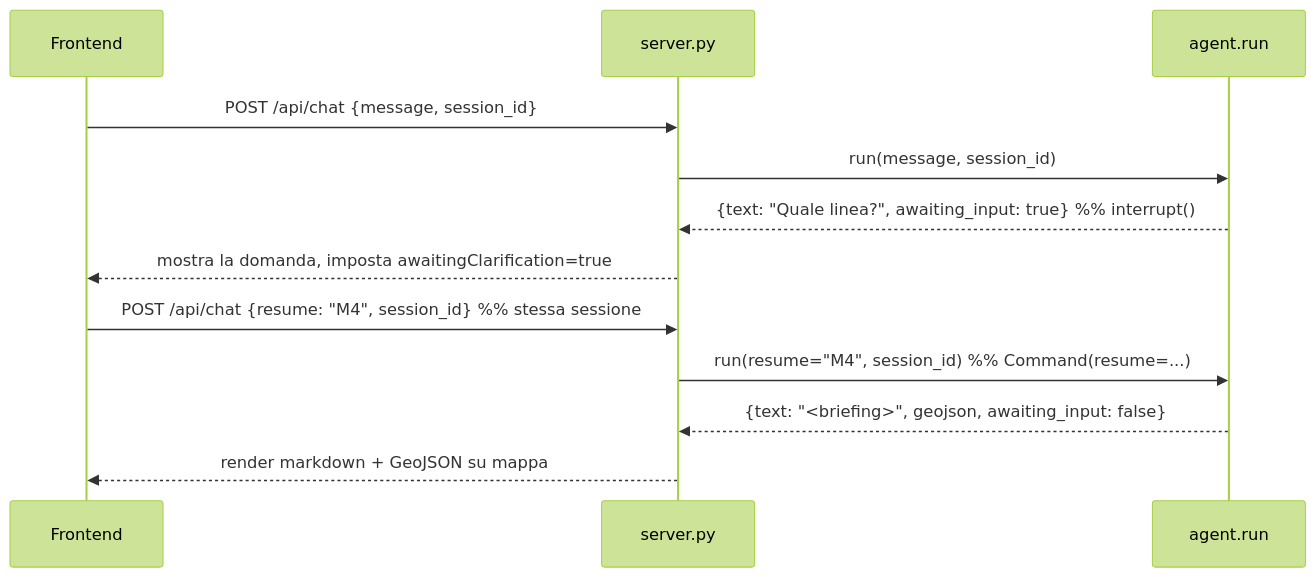
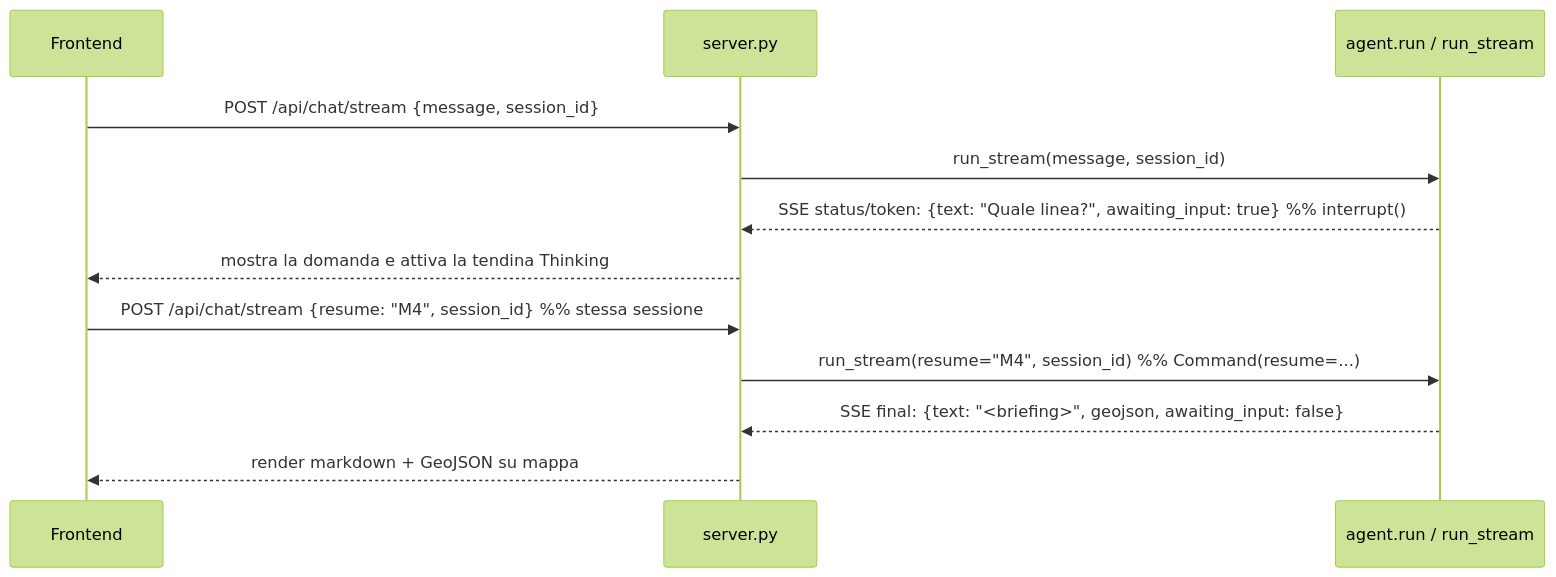
Before and after one commit to simorina/A.E.G.I.S.: the third of 3 diagrams in arch.md, drawn with Mermaid (forest theme). The commit also changed other lines of this file and 66 other files, not shown here.

````diff
--- a/arch.md
+++ b/arch.md
@@ -151,14 +185,14 @@
 ```mermaid
 sequenceDiagram
     participant UI as Frontend
     participant S as server.py
-    participant A as agent.run
-    UI->>S: POST /api/chat {message, session_id}
-    S->>A: run(message, session_id)
-    A-->>S: {text: "Quale linea?", awaiting_input: true}   %% interrupt()
-    S-->>UI: mostra la domanda, imposta awaitingClarification=true
-    UI->>S: POST /api/chat {resume: "M4", session_id}       %% stessa sessione
-    S->>A: run(resume="M4", session_id)                     %% Command(resume=...)
-    A-->>S: {text: "<briefing>", geojson, awaiting_input: false}
+    participant A as agent.run / run_stream
+    UI->>S: POST /api/chat/stream {message, session_id}
+    S->>A: run_stream(message, session_id)
+    A-->>S: SSE status/token: {text: "Quale linea?", awaiting_input: true}   %% interrupt()
+    S-->>UI: mostra la domanda e attiva la tendina Thinking
+    UI->>S: POST /api/chat/stream {resume: "M4", session_id}     %% stessa sessione
+    S->>A: run_stream(resume="M4", session_id)                   %% Command(resume=...)
+    A-->>S: SSE final: {text: "<briefing>", geojson, awaiting_input: false}
     S-->>UI: render markdown + GeoJSON su mappa
 ```
````
